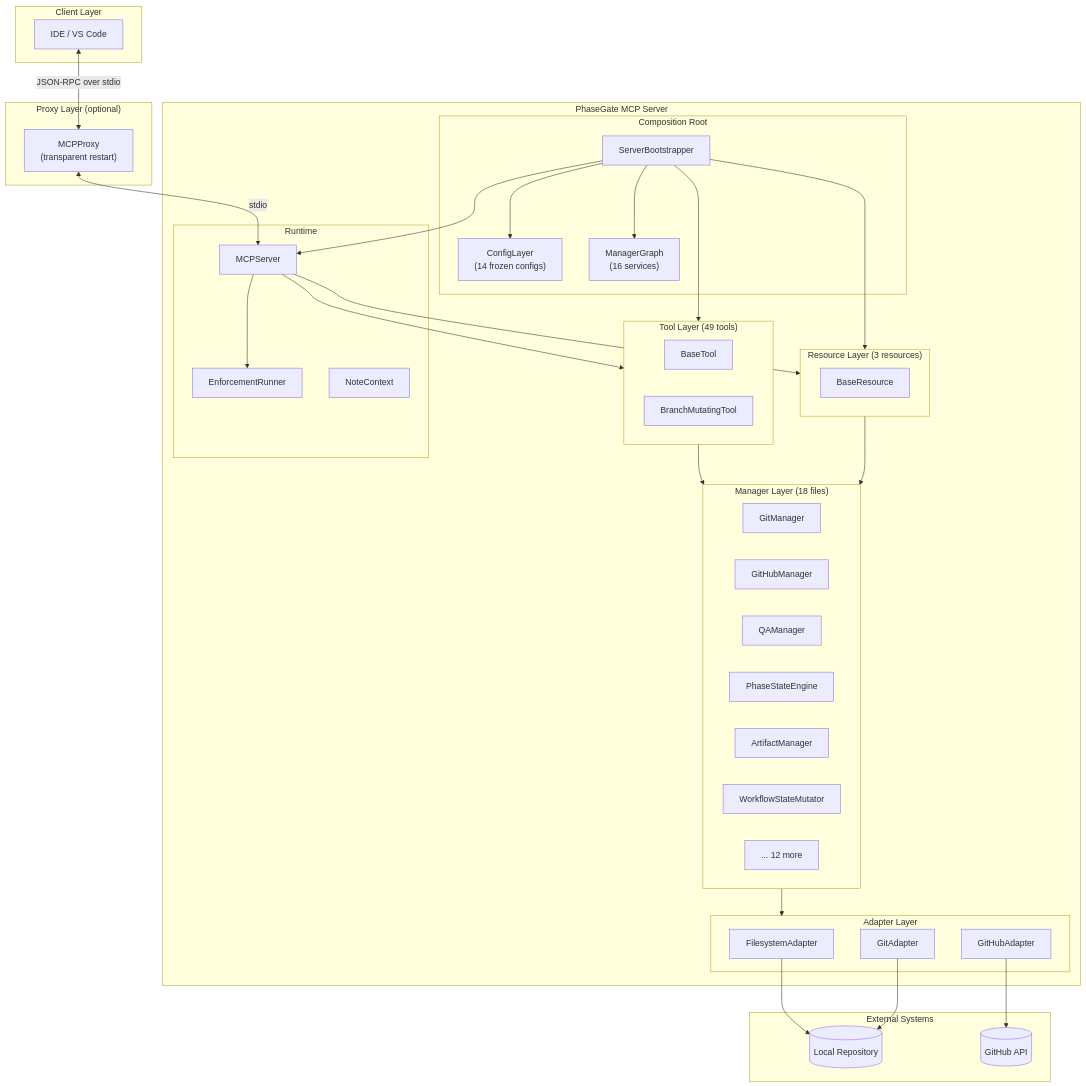
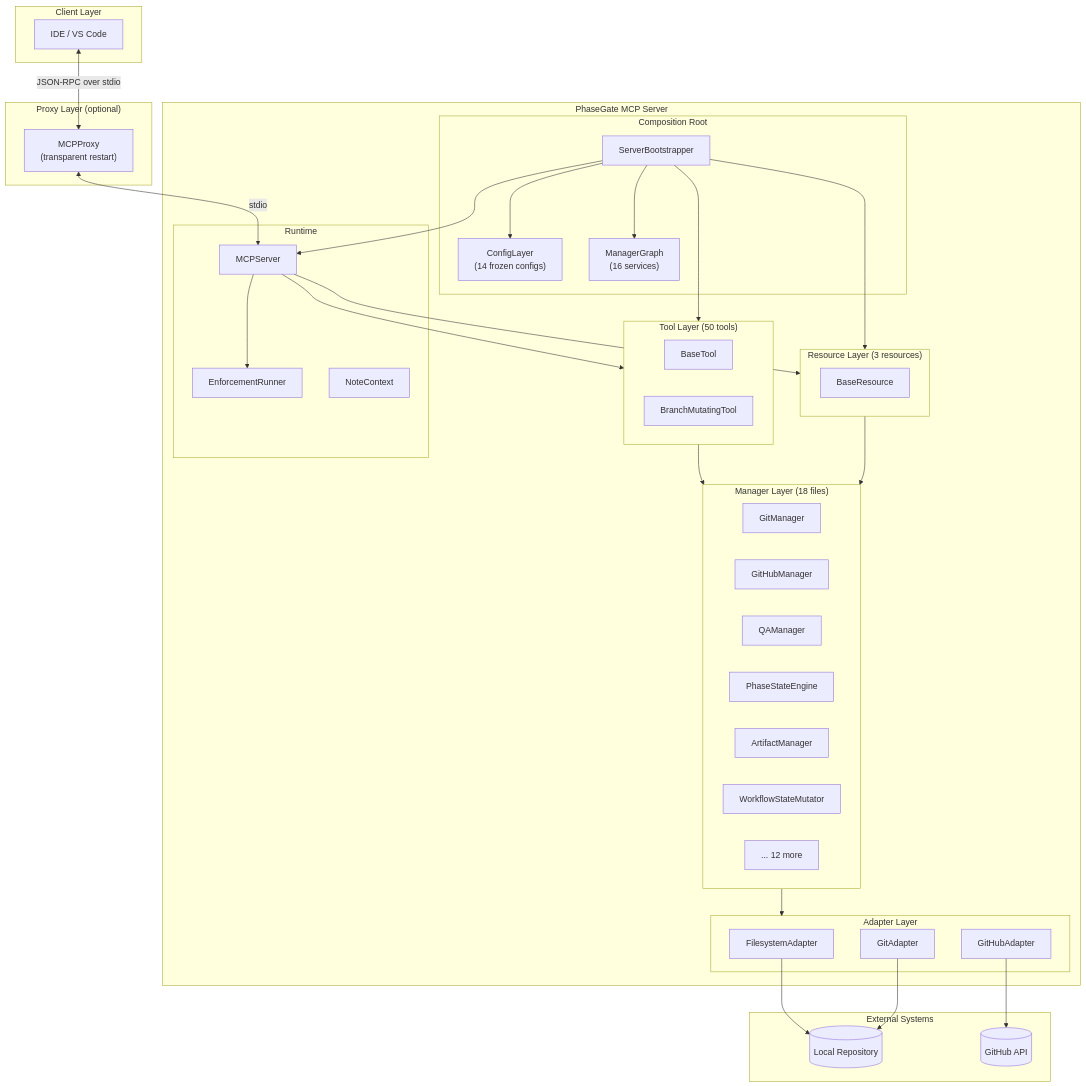
The first of 4 diagrams in docs/mcp_server/ARCHITECTURE.md (MikeyVK/phase-gate-mcp), drawn with Mermaid before and after one commit. The commit also changed other lines of this file and 1 other file, not shown here.

Commit message:
docs(P_DOCUMENTATION): Update tool counts in ARCHITECTURE.md to 50 (#391)

````diff
--- a/docs/mcp_server/ARCHITECTURE.md
+++ b/docs/mcp_server/ARCHITECTURE.md
@@ -90,75 +90,75 @@
 ```mermaid
 graph TB
     subgraph Clients ["Client Layer"]
         IDE["IDE / VS Code"]
     end
 
     subgraph Proxy ["Proxy Layer (optional)"]
         MCPProxy["MCPProxy\n(transparent restart)"]
     end
 
     subgraph Server ["PhaseGate MCP Server"]
         subgraph Bootstrap ["Composition Root"]
             Bootstrapper["ServerBootstrapper"]
             ConfigLayer["ConfigLayer\n(14 frozen configs)"]
             ManagerGraph["ManagerGraph\n(16 services)"]
         end
 
         subgraph Runtime ["Runtime"]
             MCPServer["MCPServer"]
             Enforcement["EnforcementRunner"]
             NoteCtx["NoteContext"]
         end
 
-        subgraph Tools ["Tool Layer (49 tools)"]
+        subgraph Tools ["Tool Layer (50 tools)"]
             BaseTool["BaseTool"]
             BranchMut["BranchMutatingTool"]
         end
 
         subgraph Resources ["Resource Layer (3 resources)"]
             BaseRes["BaseResource"]
         end
 
         subgraph Managers ["Manager Layer (18 files)"]
             GitMgr["GitManager"]
             GHMgr["GitHubManager"]
             QAMgr["QAManager"]
             PhaseSE["PhaseStateEngine"]
             ArtMgr["ArtifactManager"]
             StateMut["WorkflowStateMutator"]
             OtherMgr["... 12 more"]
         end
 
         subgraph Adapters ["Adapter Layer"]
             FSAdapter["FilesystemAdapter"]
             GitAdapter["GitAdapter"]
             GHAdapter["GitHubAdapter"]
         end
     end
 
     subgraph External ["External Systems"]
         Repo[("Local Repository")]
         Remote[("GitHub API")]
     end
 
     IDE <-->|"JSON-RPC over stdio"| MCPProxy
     MCPProxy <-->|"stdio"| MCPServer
 
     Bootstrapper --> ConfigLayer
     Bootstrapper --> ManagerGraph
     Bootstrapper --> Tools
     Bootstrapper --> Resources
     Bootstrapper --> MCPServer
 
     MCPServer --> Enforcement
     MCPServer --> Tools
     MCPServer --> Resources
 
     Tools --> Managers
     Resources --> Managers
     Managers --> Adapters
 
     FSAdapter --> Repo
     GitAdapter --> Repo
     GHAdapter --> Remote
 ```
````
